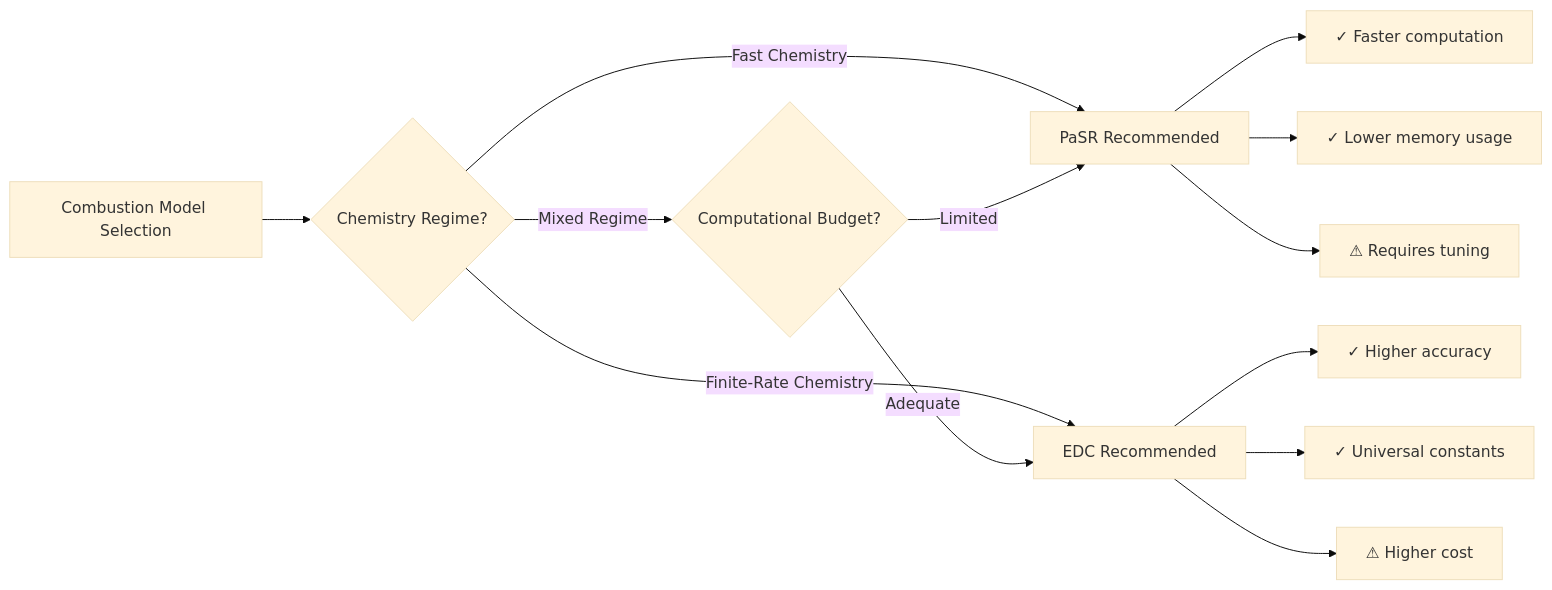
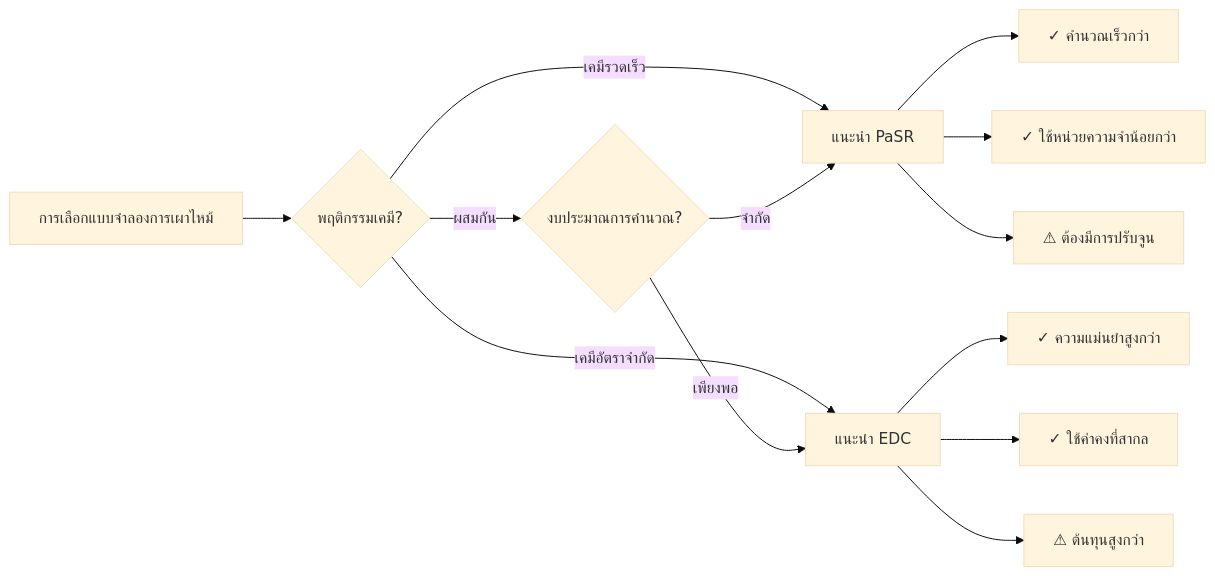
The fourth of 5 diagrams in MODULE_06_ADVANCED_PHYSICS/CONTENT/03_REACTING_FLOWS/03_Combustion_Models.md (wramet/build-my-cfd), drawn with Mermaid (base theme) before and after one commit. The commit also changed other lines of this file and 104 other files, not shown here.

````diff
--- a/MODULE_06_ADVANCED_PHYSICS/CONTENT/03_REACTING_FLOWS/03_Combustion_Models.md
+++ b/MODULE_06_ADVANCED_PHYSICS/CONTENT/03_REACTING_FLOWS/03_Combustion_Models.md
@@ -385,17 +385,17 @@
 ```mermaid
 flowchart LR
-    A[Combustion Model Selection] --> B{Chemistry Regime?}
-    B -->|Fast Chemistry| C[PaSR Recommended]
-    B -->|Finite-Rate Chemistry| D[EDC Recommended]
-    B -->|Mixed Regime| E{Computational Budget?}
-    E -->|Limited| C
-    E -->|Adequate| D
+    A[การเลือกแบบจำลองการเผาไหม้] --> B{พฤติกรรมเคมี?};
+    B -->|เคมีรวดเร็ว| C[แนะนำ PaSR]
+    B -->|เคมีอัตราจำกัด| D[แนะนำ EDC]
+    B -->|ผสมกัน| E{งบประมาณการคำนวณ?};
+    E -->|จำกัด| C
+    E -->|เพียงพอ| D
 
-    C --> F[✓ Faster computation]
-    C --> G[✓ Lower memory usage]
-    C --> H[⚠ Requires tuning]
+    C --> F[✓ คำนวณเร็วกว่า]
+    C --> G[✓ ใช้หน่วยความจำน้อยกว่า]
+    C --> H[⚠ ต้องมีการปรับจูน]
 
-    D --> I[✓ Higher accuracy]
-    D --> J[✓ Universal constants]
-    D --> K[⚠ Higher cost]
+    D --> I[✓ ความแม่นยำสูงกว่า]
+    D --> J[✓ ใช้ค่าคงที่สากล]
+    D --> K[⚠ ต้นทุนสูงกว่า]
 ```
````
